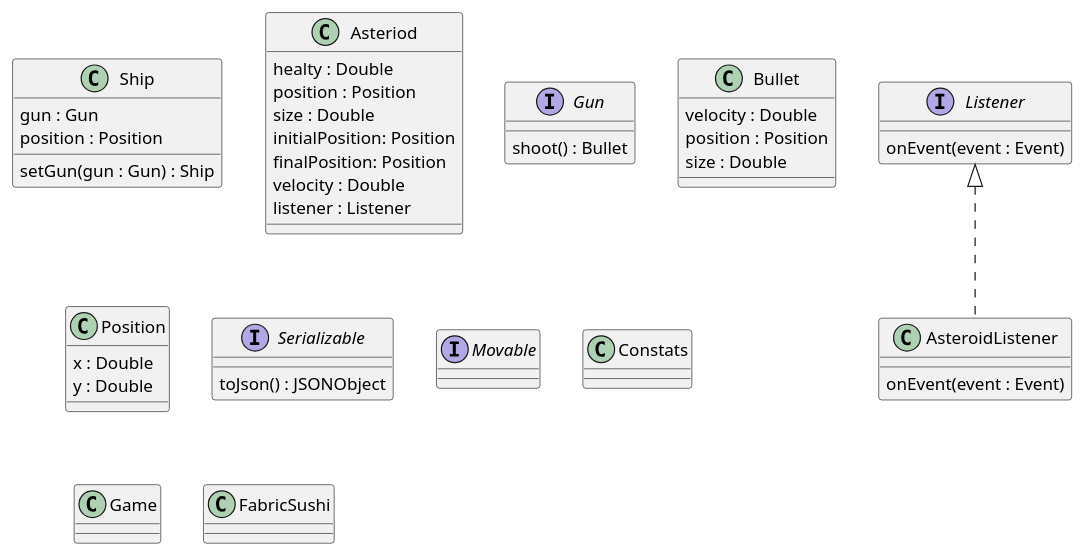
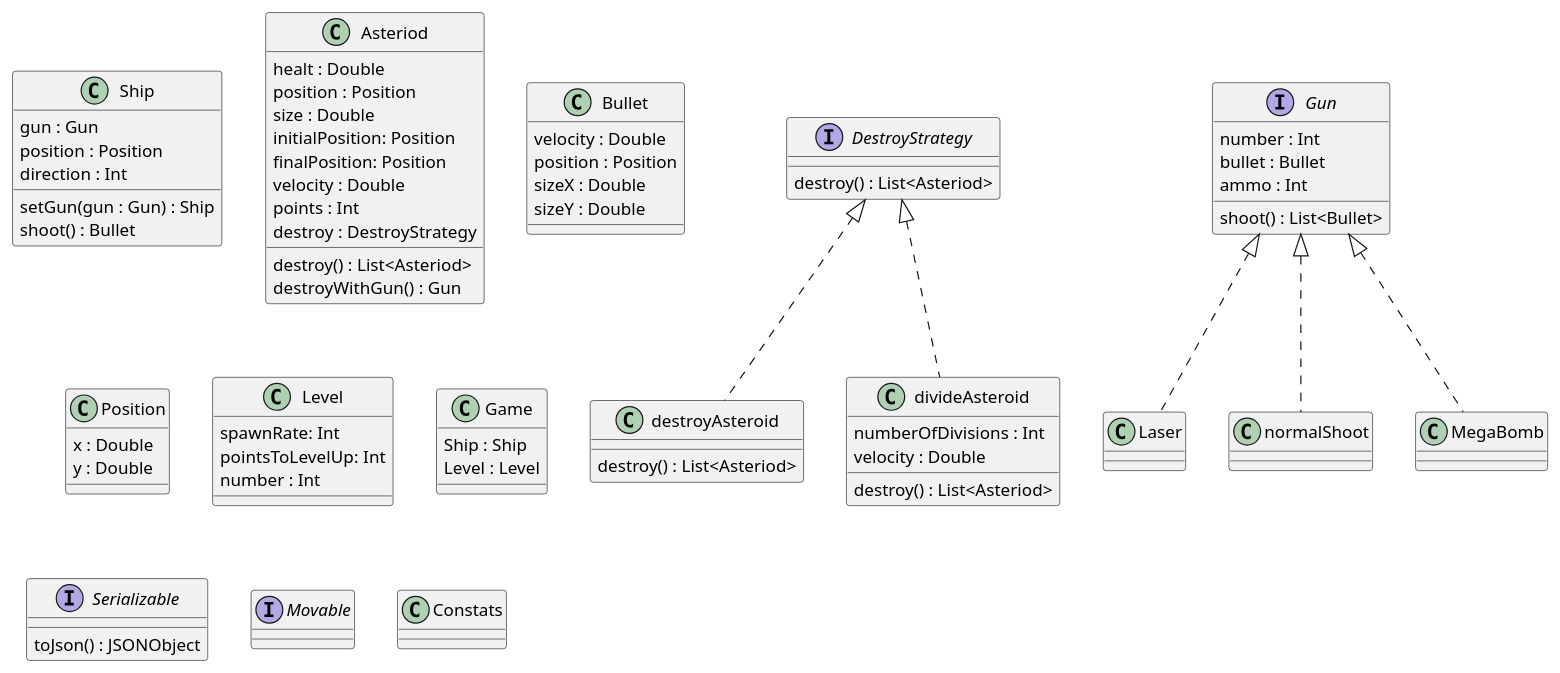
One commit to Gonza69420/starships-base changed the diagram in app/src/main/kotlin/edu/austral/ingsis/starships/diseño.puml. Above: the diagram before and after it, drawn with PlantUML. The commit also changed 13 other files, not shown here.

```diff
--- a/app/src/main/kotlin/edu/austral/ingsis/starships/diseño.puml
+++ b/app/src/main/kotlin/edu/austral/ingsis/starships/diseño.puml
@@ -1,55 +1,91 @@
 @startuml
 
 class Ship{
 gun : Gun
 position : Position
+direction : Int
 
 setGun(gun : Gun) : Ship
+shoot() : Bullet
 }
 
 class Asteriod{
-healty : Double
+healt : Double
 position : Position
 size : Double
 initialPosition: Position
 finalPosition: Position
 velocity : Double
-listener : Listener
+points : Int
+destroy : DestroyStrategy
+
+destroy() : List<Asteriod>
+destroyWithGun() : Gun
+}
+
+interface DestroyStrategy{
+destroy() : List<Asteriod>
+}
+
+class destroyAsteroid implements DestroyStrategy{
+destroy() : List<Asteriod>
+}
+
+class divideAsteroid implements DestroyStrategy{
+numberOfDivisions : Int
+velocity : Double
+destroy() : List<Asteriod>
 }
 
 interface Gun{
-shoot() : Bullet
+number : Int
+bullet : Bullet
+ammo : Int
+shoot() : List<Bullet>
 }
+
+class Laser implements Gun{
+}
+
+class normalShoot implements Gun{
+}
+
+class MegaBomb implements Gun{
+}
+
 
 class Bullet{
 velocity : Double
 position : Position
-size : Double
+sizeX : Double
+sizeY : Double
 }
 
 class Position{
 x : Double
 y : Double
 }
 
+class Level{
+spawnRate: Int
+pointsToLevelUp: Int
+number : Int
+}
+
+class Game{
+Ship : Ship
+Level : Level
+}
+
 interface Serializable{
 toJson() : JSONObject
 }
 
-interface Listener{
-onEvent(event : Event)
-}
-
-class AsteroidListener implements Listener{
-onEvent(event : Event)
-}
 
 interface Movable{}
 
 class Constats{}
 
 class Game{}
 
-class FabricSushi{}
-
 @enduml
```
